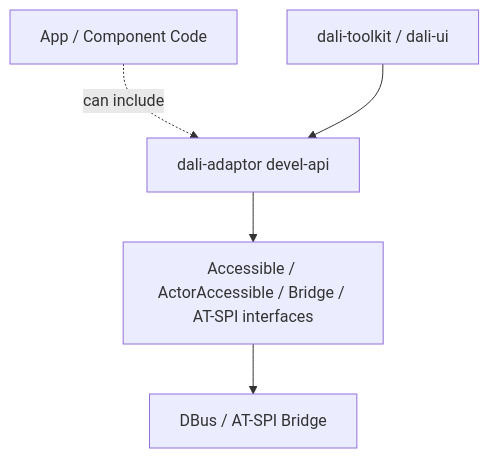
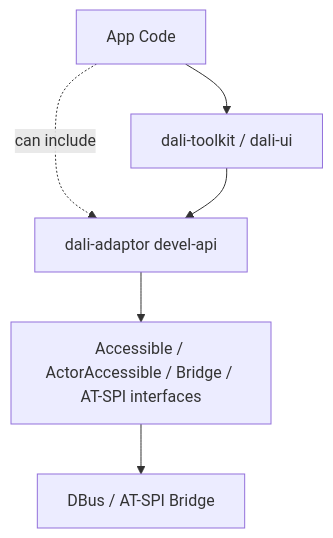
One commit to bshsqa/AccessibilityRefactoring changed the first of 2 diagrams in Phase-1-adaptor-api-minimization.md. Above: the diagram before and after it, drawn with Mermaid. The commit also changed other lines of this file and 5 other files, not shown here.

````diff
--- a/Phase-1-adaptor-api-minimization.md
+++ b/Phase-1-adaptor-api-minimization.md
@@ -42,13 +85,14 @@
 ```mermaid
 flowchart TD
-  App[App / Component Code]
+  App[App Code]
   Toolkit[dali-toolkit / dali-ui]
   DevelAPI[dali-adaptor devel-api]
   AccessibilityTypes[Accessible / ActorAccessible / Bridge / AT-SPI interfaces]
   DBusBridge[DBus / AT-SPI Bridge]
 
+  App --> Toolkit
   App -. can include .-> DevelAPI
   Toolkit --> DevelAPI
   DevelAPI --> AccessibilityTypes
   AccessibilityTypes --> DBusBridge
 ```
````
